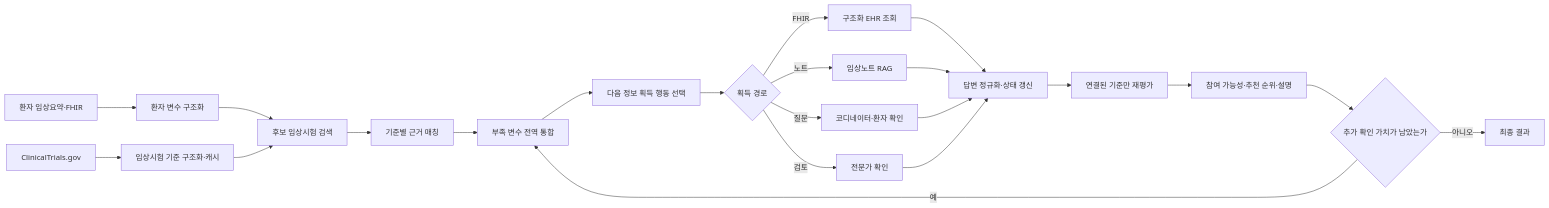
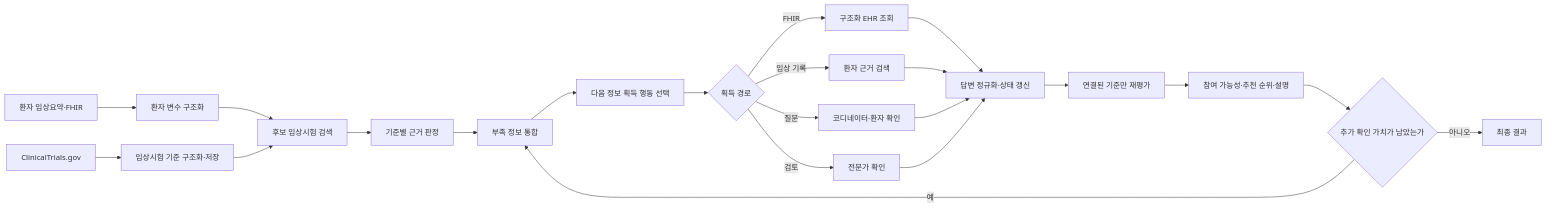
One commit to health-agent/Clarifytrial changed the first of 2 diagrams in README.md. Above: the diagram before and after it, drawn with Mermaid. The commit also changed other lines of this file and 5 other files, not shown here.

````diff
--- a/README.md
+++ b/README.md
@@ -93,24 +123,24 @@
 ```mermaid
 flowchart LR
     A["환자 임상요약·FHIR"] --> B["환자 변수 구조화"]
-    C["ClinicalTrials.gov"] --> D["임상시험 기준 구조화·캐시"]
+    C["ClinicalTrials.gov"] --> D["임상시험 기준 구조화·저장"]
     B --> E["후보 임상시험 검색"]
     D --> E
-    E --> F["기준별 근거 매칭"]
-    F --> G["부족 변수 전역 통합"]
+    E --> F["기준별 근거 판정"]
+    F --> G["부족 정보 통합"]
     G --> H["다음 정보 획득 행동 선택"]
     H --> I{"획득 경로"}
     I -->|FHIR| J["구조화 EHR 조회"]
-    I -->|노트| K["임상노트 RAG"]
+    I -->|임상 기록| K["환자 근거 검색"]
     I -->|질문| L["코디네이터·환자 확인"]
     I -->|검토| M["전문가 확인"]
     J --> N["답변 정규화·상태 갱신"]
     K --> N
     L --> N
     M --> N
     N --> O["연결된 기준만 재평가"]
     O --> P["참여 가능성·추천 순위·설명"]
     P --> Q{"추가 확인 가치가 남았는가"}
     Q -->|예| G
     Q -->|아니오| R["최종 결과"]
 ```
````
